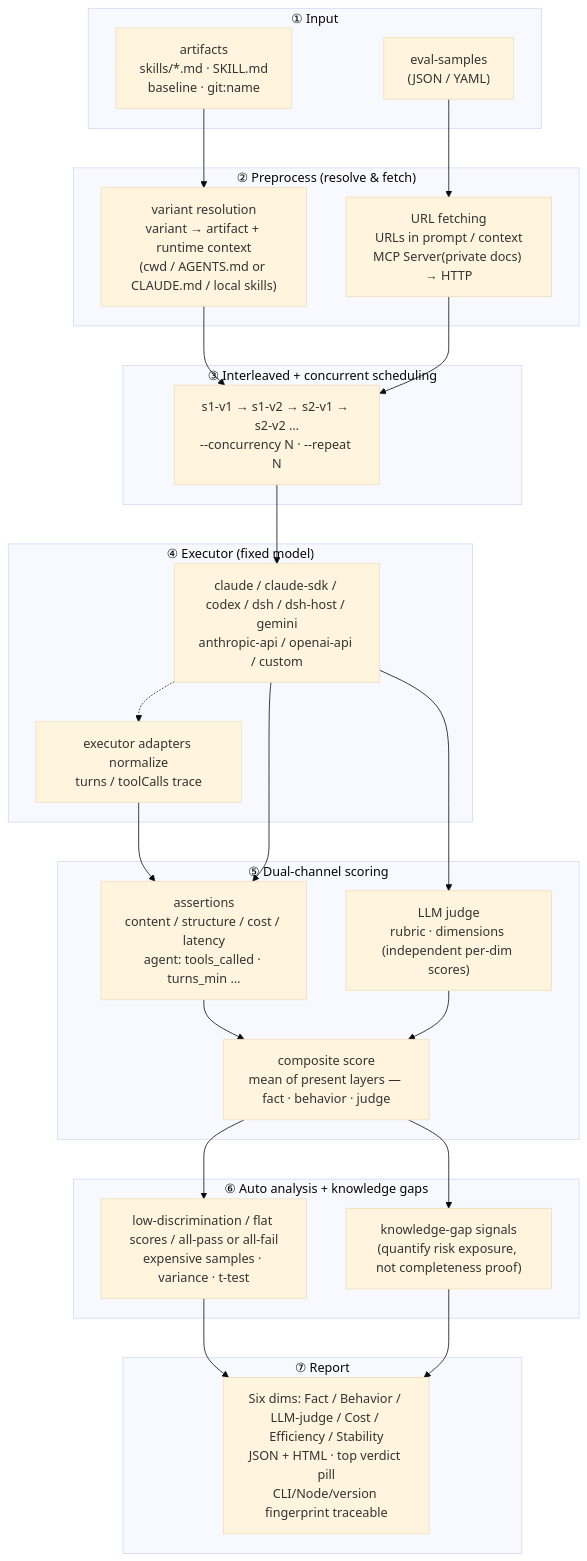
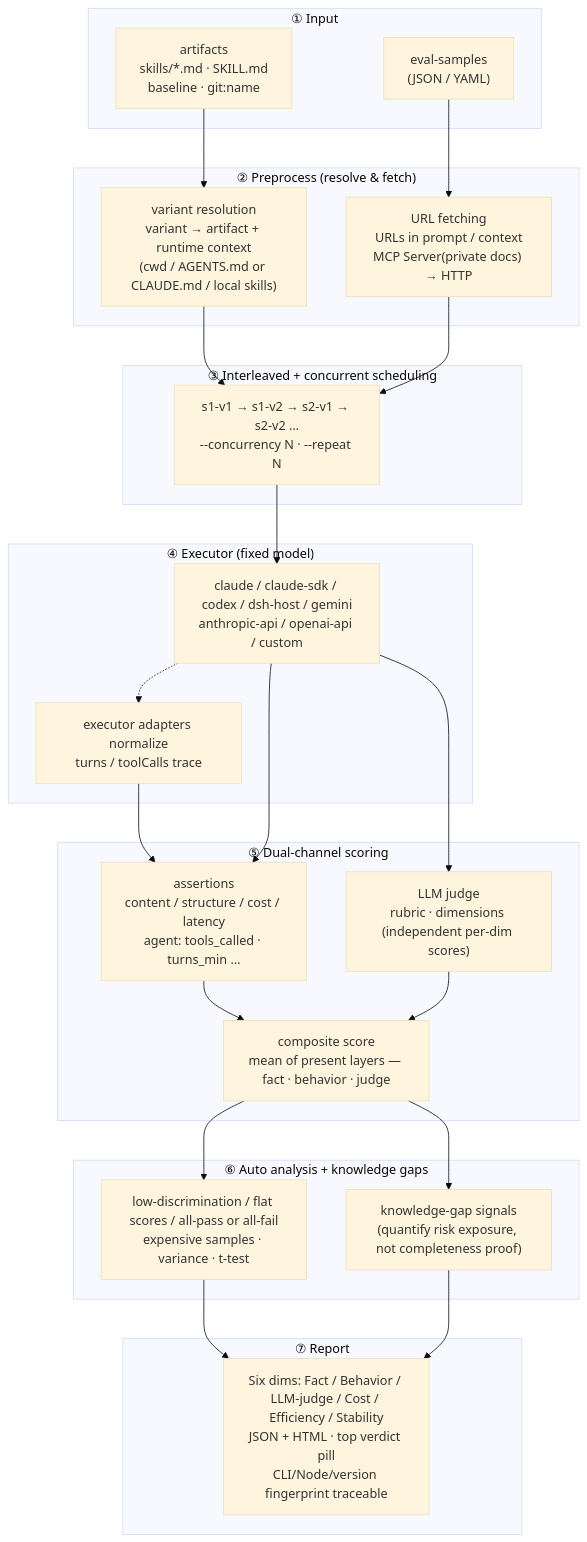
One commit to lizhiyao/oh-my-knowledge changed the first of 2 diagrams in docs/explanation/architecture.md. Above: the diagram before and after it, drawn with Mermaid (base theme). The commit also changed 30 other files, not shown here.

````diff
--- a/docs/explanation/architecture.md
+++ b/docs/explanation/architecture.md
@@ -5,52 +5,52 @@
 ```mermaid
 flowchart TD
     subgraph Input["① Input"]
         S["eval-samples<br/>(JSON / YAML)"]
         A["artifacts<br/>skills/*.md · SKILL.md<br/>baseline · git:name"]
     end
 
     subgraph Prep["② Preprocess (resolve & fetch)"]
         V["variant resolution<br/>variant → artifact + runtime context<br/>(cwd / AGENTS.md or CLAUDE.md / local skills)"]
         U["URL fetching<br/>URLs in prompt / context<br/>MCP Server(private docs) → HTTP"]
     end
 
     subgraph Schedule["③ Interleaved + concurrent scheduling"]
         Q["s1-v1 → s1-v2 → s2-v1 → s2-v2 …<br/>--concurrency N · --repeat N"]
     end
 
     subgraph Exec["④ Executor (fixed model)"]
-        E["claude / claude-sdk / codex / dsh / dsh-host / gemini<br/>anthropic-api / openai-api / custom"]
+        E["claude / claude-sdk / codex / dsh-host / gemini<br/>anthropic-api / openai-api / custom"]
         T["executor adapters normalize<br/>turns / toolCalls trace"]
         E -.-> T
     end
 
     subgraph Score["⑤ Dual-channel scoring"]
         AS["assertions<br/>content / structure / cost / latency<br/>agent: tools_called · turns_min …"]
         LS["LLM judge<br/>rubric · dimensions (independent per-dim scores)"]
         CS["composite score<br/>mean of present layers — fact · behavior · judge"]
         AS --> CS
         LS --> CS
     end
 
     subgraph Analyze["⑥ Auto analysis + knowledge gaps"]
         D["low-discrimination / flat scores / all-pass or all-fail<br/>expensive samples · variance · t-test"]
         G["knowledge-gap signals<br/>(quantify risk exposure, not completeness proof)"]
     end
 
     subgraph Report["⑦ Report"]
         R["Six dims: Fact / Behavior / LLM-judge / Cost / Efficiency / Stability<br/>JSON + HTML · top verdict pill<br/>CLI/Node/version fingerprint traceable"]
     end
 
     S --> U
     A --> V
     V --> Q
     U --> Q
     Q --> E
     T --> AS
     E --> AS
     E --> LS
     CS --> D
     CS --> G
     D --> R
     G --> R
 ```
````
